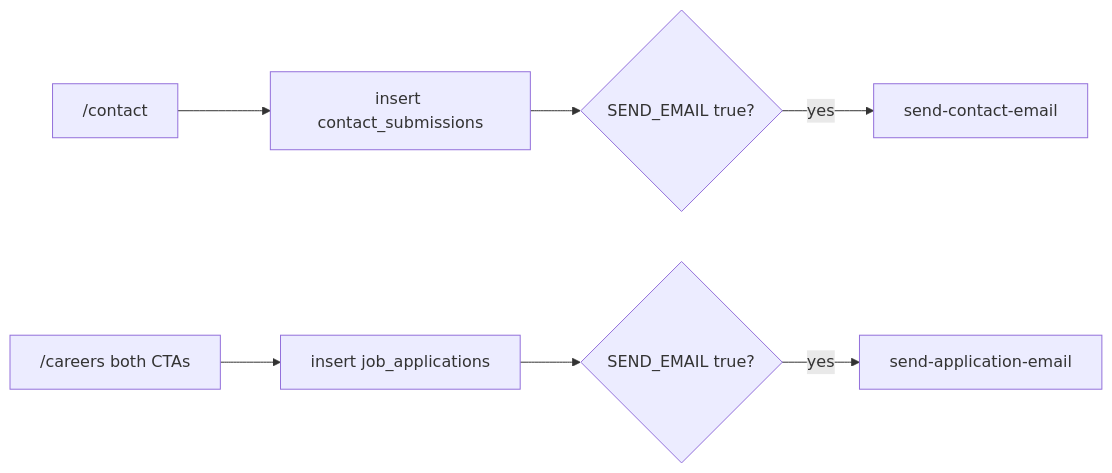
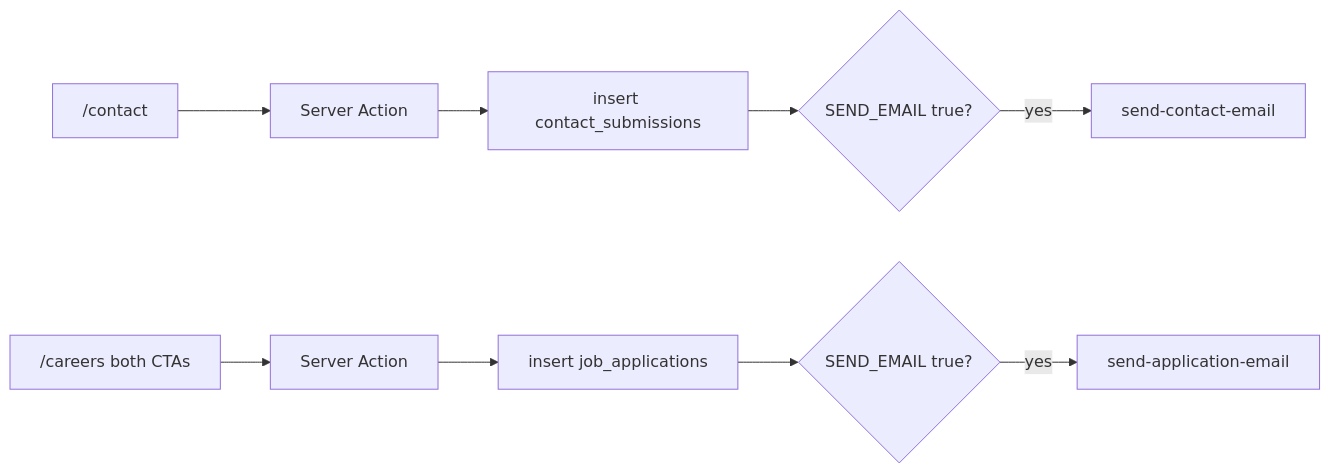
The diagram in doc/supabase.md (MargaritaSyd/OllyGarden), drawn with Mermaid before and after one commit. The commit also changed other lines of this file and 4 other files, not shown here.

````diff
--- a/doc/supabase.md
+++ b/doc/supabase.md
@@ -21,9 +23,11 @@
 ```mermaid
 flowchart LR
-  Contact["/contact"] --> InsertC["insert contact_submissions"]
+  Contact["/contact"] --> ActionC["Server Action"]
+  ActionC --> InsertC["insert contact_submissions"]
   InsertC --> GateC{"SEND_EMAIL true?"}
   GateC -->|yes| FnC["send-contact-email"]
-  Careers["/careers both CTAs"] --> InsertJ["insert job_applications"]
+  Careers["/careers both CTAs"] --> ActionJ["Server Action"]
+  ActionJ --> InsertJ["insert job_applications"]
   InsertJ --> GateJ{"SEND_EMAIL true?"}
   GateJ -->|yes| FnJ["send-application-email"]
 ```
````
